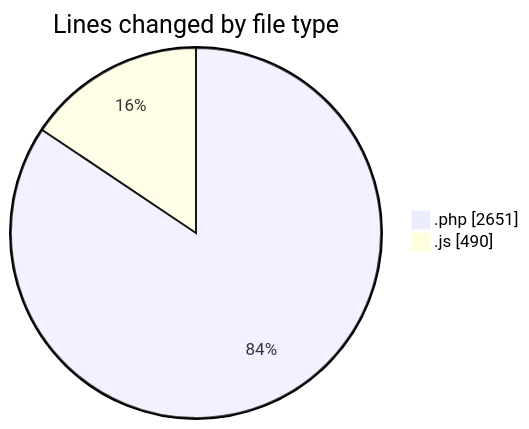
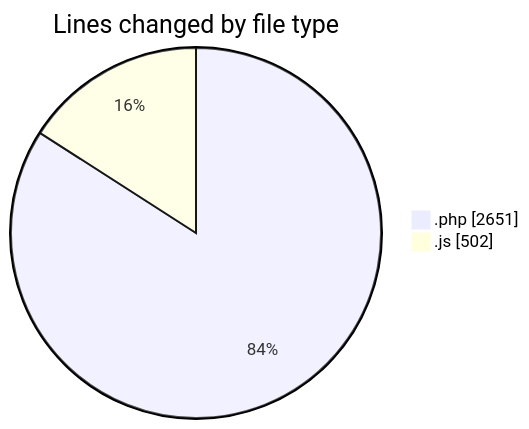
The first of 2 diagrams in 2025-10-24/untitled__workspace_/README.md (debugP/code-tracking), drawn with Mermaid before and after one commit. The commit also changed other lines of this file and 1 other file, not shown here.

````diff
--- a/2025-10-24/untitled__workspace_/README.md
+++ b/2025-10-24/untitled__workspace_/README.md
@@ -25,6 +25,6 @@
 ```mermaid
 pie showData
 title Lines changed by file type
 ".php" : 2651
-".js" : 490
+".js" : 502
 ```
````
